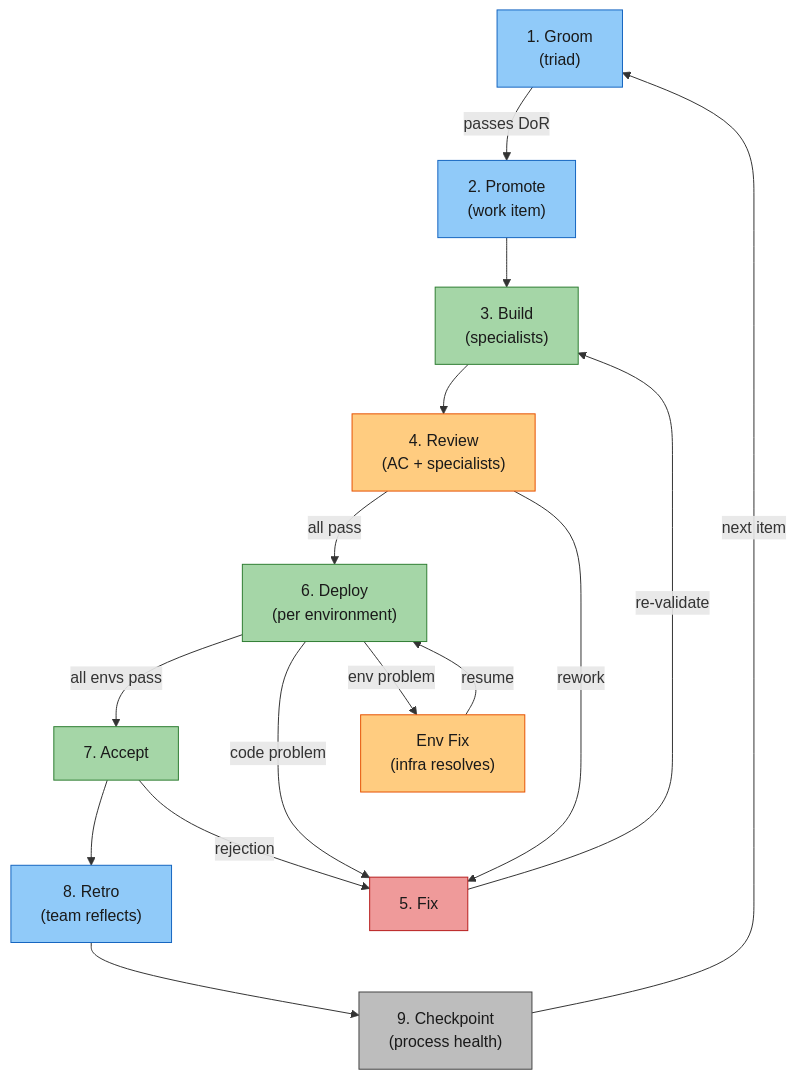
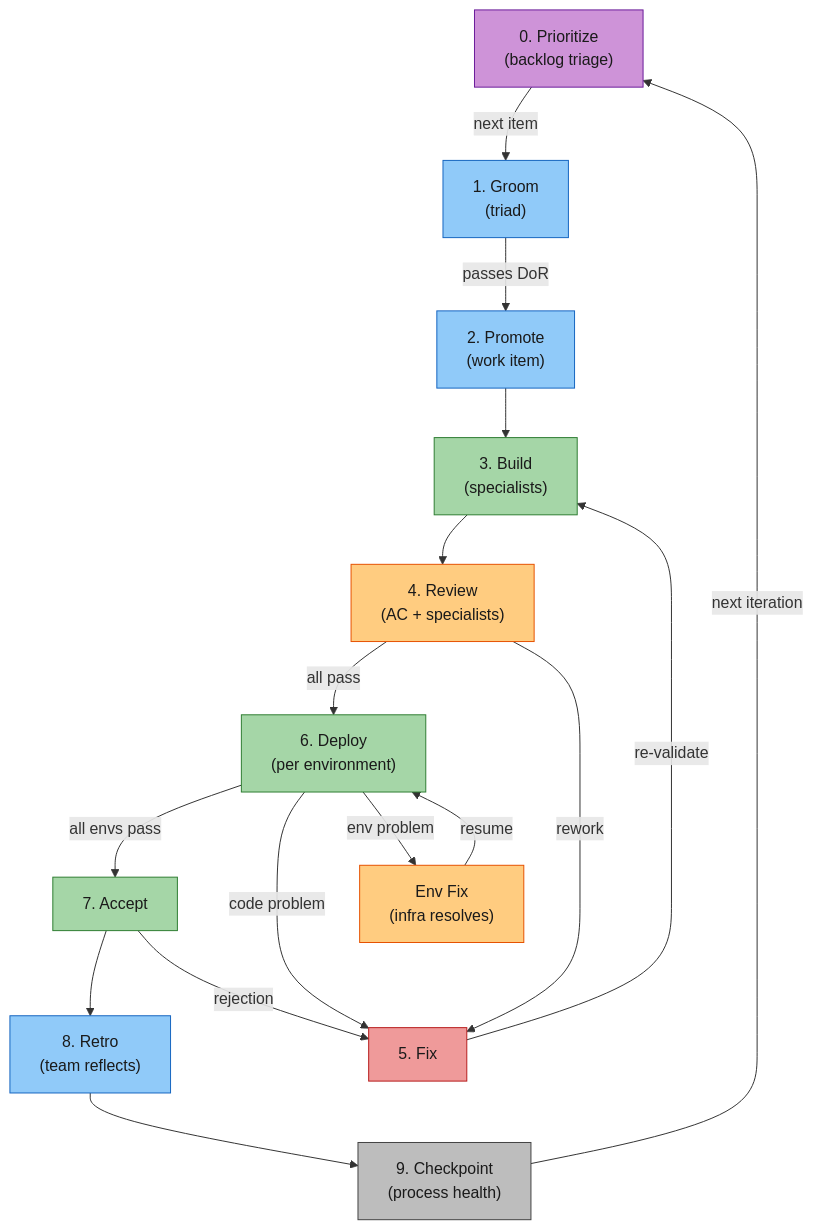
The sixth of 23 diagrams in docs/COLLABORATION-MODEL.md (rdunie/venutian-antfarm), drawn with Mermaid before and after one commit. The commit also changed other lines of this file and 2 other files, not shown here.

Commit message:
docs: update lifecycle references to 10-phase (Phase 0)
- CLAUDE.md: add Prioritize to workflow, update lifecycle ref, add
  backlog-triaged metrics example
- AGENT-FLEET-PATTERN.md: add Phase 0 row to lifecycle table
- COLLABORATION-MODEL.md: add Phase 0 to Mermaid diagram

````diff
--- a/docs/COLLABORATION-MODEL.md
+++ b/docs/COLLABORATION-MODEL.md
@@ -214,30 +214,32 @@
 ```mermaid
 flowchart TD
+    PRI["0. Prioritize\n(backlog triage)"] -->|"next item"| B
     B["1. Groom\n(triad)"] -->|"passes DoR"| P["2. Promote\n(work item)"]
     P --> IP["3. Build\n(specialists)"]
     IP --> RV["4. Review\n(AC + specialists)"]
     RV -->|"all pass"| DEP["6. Deploy\n(per environment)"]
     DEP -->|"all envs pass"| ACC["7. Accept"]
     ACC --> RET["8. Retro\n(team reflects)"]
     RET --> CHK["9. Checkpoint\n(process health)"]
-    CHK -->|"next item"| B
+    CHK -->|"next iteration"| PRI
 
     RV -->|"rework"| FIX["5. Fix"]
     DEP -->|"code problem"| FIX
     ACC -->|"rejection"| FIX
     FIX -->|"re-validate"| IP
 
     DEP -->|"env problem"| ENVFIX["Env Fix\n(infra resolves)"]
     ENVFIX -->|"resume"| DEP
 
+    style PRI fill:#ce93d8,stroke:#6a1b9a,color:#1a1a1a
     style B fill:#90caf9,stroke:#1565c0,color:#1a1a1a
     style P fill:#90caf9,stroke:#1565c0,color:#1a1a1a
     style IP fill:#a5d6a7,stroke:#2e7d32,color:#1a1a1a
     style RV fill:#ffcc80,stroke:#e65100,color:#1a1a1a
     style FIX fill:#ef9a9a,stroke:#b71c1c,color:#1a1a1a
     style ENVFIX fill:#ffcc80,stroke:#e65100,color:#1a1a1a
     style DEP fill:#a5d6a7,stroke:#2e7d32,color:#1a1a1a
     style ACC fill:#a5d6a7,stroke:#2e7d32,color:#1a1a1a
     style RET fill:#90caf9,stroke:#1565c0,color:#1a1a1a
     style CHK fill:#bdbdbd,stroke:#424242,color:#1a1a1a
 ```
````
